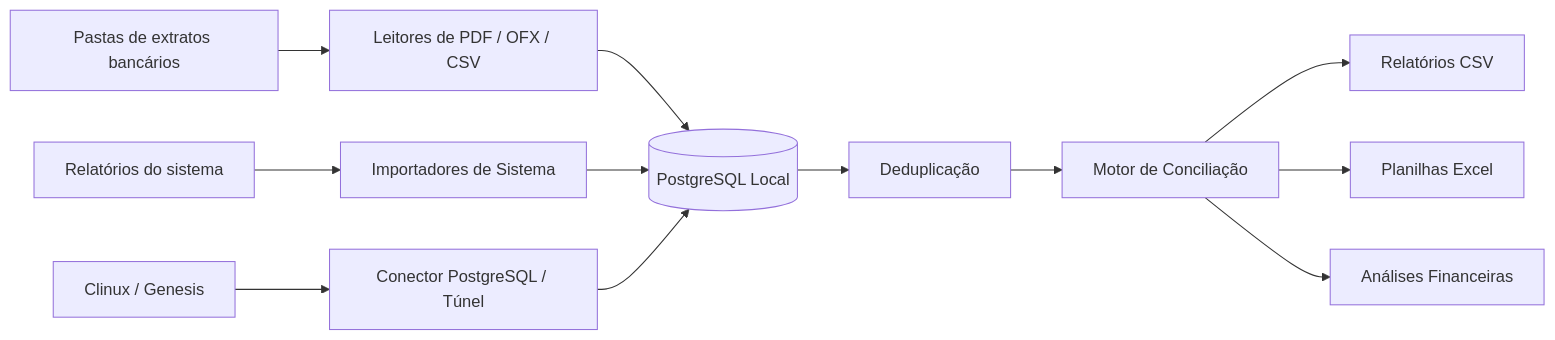
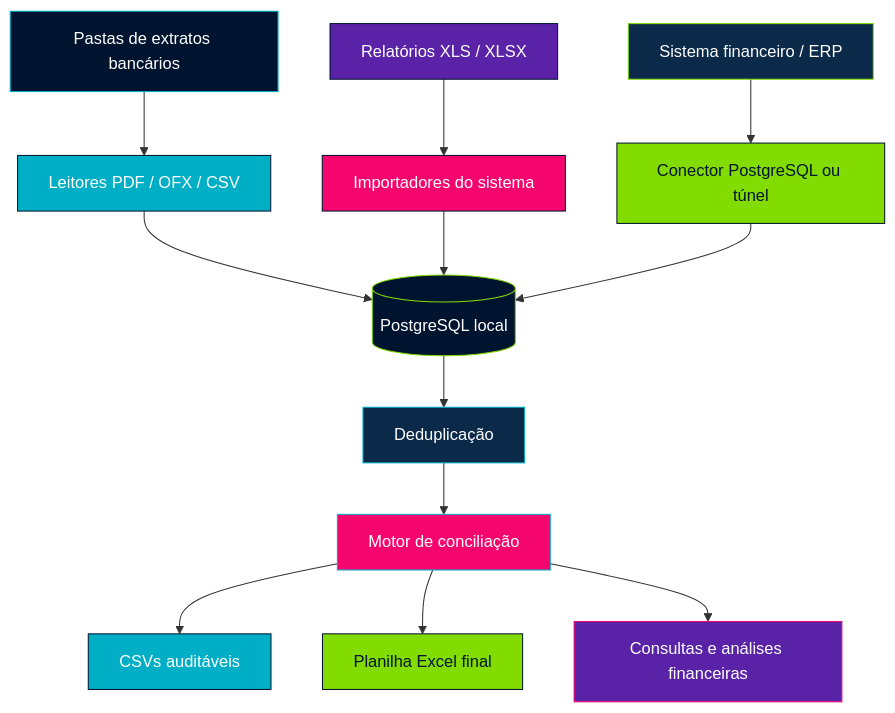
Before and after one commit to brunocantt-byte/BankSync-: the first of 2 diagrams in README.md, drawn with Mermaid. The commit also changed other lines of this file and 2 other files, not shown here.

````diff
--- a/README.md
+++ b/README.md
@@ -50,16 +83,29 @@
 ```mermaid
-flowchart LR
-    A[Pastas de extratos bancários] --> B[Leitores de PDF / OFX / CSV]
-    C[Relatórios do sistema] --> D[Importadores de Sistema]
-    E[Clinux / Genesis] --> F[Conector PostgreSQL / Túnel]
+flowchart TD
+    A[Pastas de extratos bancários] --> B[Leitores PDF / OFX / CSV]
+    C[Relatórios XLS / XLSX] --> D[Importadores do sistema]
+    E[Sistema financeiro / ERP] --> F[Conector PostgreSQL ou túnel]
 
-    B --> G[(PostgreSQL Local)]
+    B --> G[(PostgreSQL local)]
     D --> G
     F --> G
 
     G --> H[Deduplicação]
-    H --> I[Motor de Conciliação]
-    I --> J[Relatórios CSV]
-    I --> K[Planilhas Excel]
-    I --> L[Análises Financeiras]
+    H --> I[Motor de conciliação]
+    I --> J[CSVs auditáveis]
+    I --> K[Planilha Excel final]
+    I --> L[Consultas e análises financeiras]
+
+    style A fill:#00142F,stroke:#00AFC5,color:#fff
+    style B fill:#00AFC5,stroke:#00142F,color:#fff
+    style C fill:#5A23A7,stroke:#00142F,color:#fff
+    style D fill:#F5066E,stroke:#00142F,color:#fff
+    style E fill:#0B2A4A,stroke:#82DC00,color:#fff
+    style F fill:#82DC00,stroke:#00142F,color:#00142F
+    style G fill:#00142F,stroke:#82DC00,color:#fff
+    style H fill:#0B2A4A,stroke:#00AFC5,color:#fff
+    style I fill:#F5066E,stroke:#00AFC5,color:#fff
+    style J fill:#00AFC5,stroke:#00142F,color:#fff
+    style K fill:#82DC00,stroke:#00142F,color:#00142F
+    style L fill:#5A23A7,stroke:#F5066E,color:#fff
 ```
````
